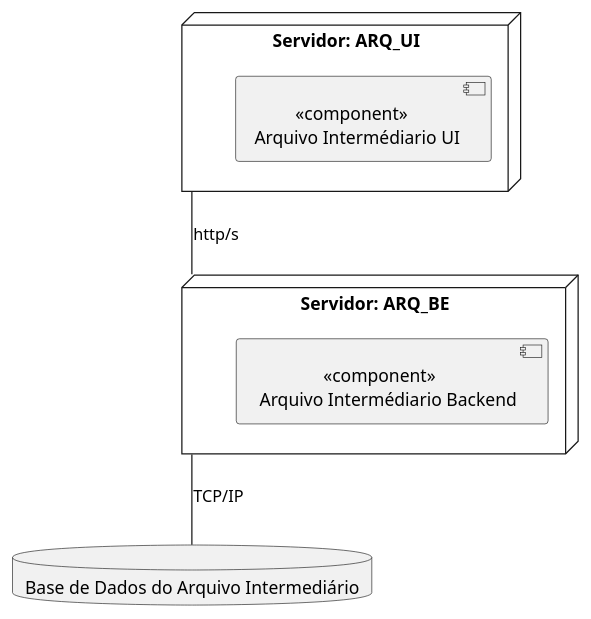
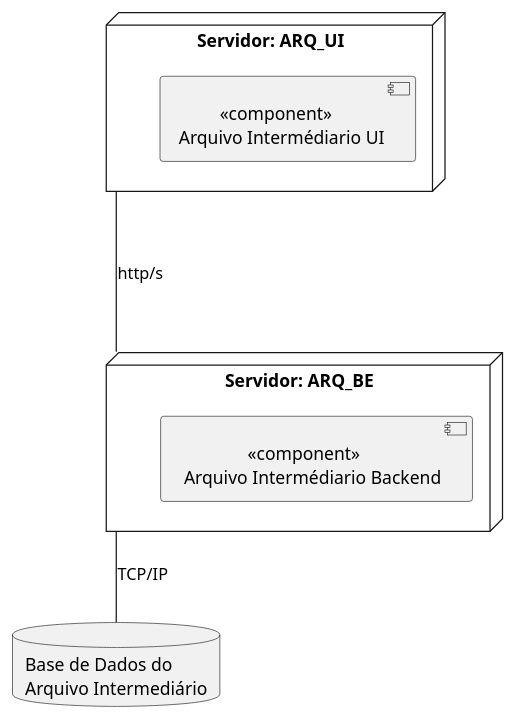
One commit to Norton1337/INFOR_2223 changed the diagram in Arquivo/deploymentDiagram.puml. Above: the diagram before and after it, drawn with PlantUML. The commit also changed 9 other files, not shown here.

```diff
--- a/Arquivo/deploymentDiagram.puml
+++ b/Arquivo/deploymentDiagram.puml
@@ -1,20 +1,20 @@
 @startuml
 
 node "Servidor: ARQ_UI" as FE{
    component "         <<component>>\nArquivo Intermédiario UI" as UI
   
 }
 
 node "Servidor: ARQ_BE" as BE {
   component "               <<component>>\n Arquivo Intermédiario Backend" as Backend
 }
 
-database "Base de Dados do Arquivo Intermediário" as BD {
+database "Base de Dados do \nArquivo Intermediário" as BD {
 
 }
 
 
-FE--BE : http/s
+FE---BE : http/s
 BE--BD : TCP/IP
 
 @enduml
```
